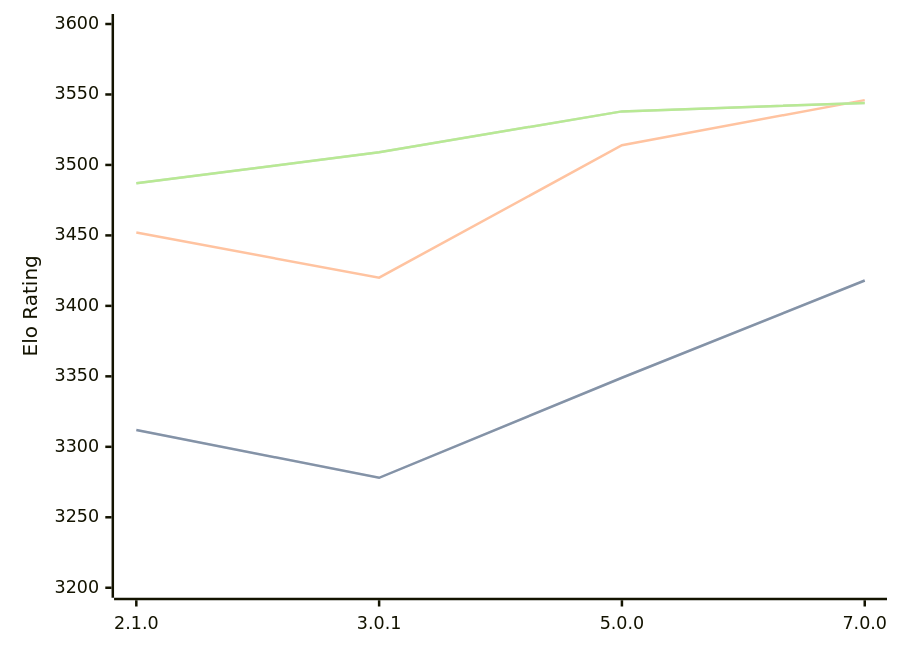
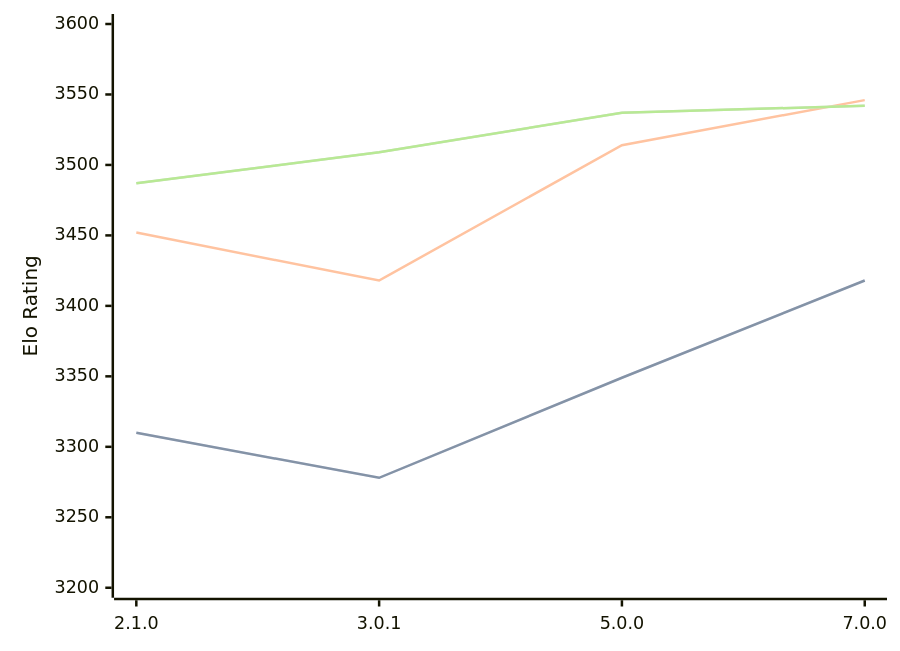
One commit to computer-chess-index/cci changed the diagram in engines/PlentyChess.md. Above: the diagram before and after it, drawn with Mermaid. The commit also changed other lines of this file, not shown here.

Commit message:
Update CCI Ratings (ELO VLTC) - 2026-06-12

````diff
--- a/engines/PlentyChess.md
+++ b/engines/PlentyChess.md
@@ -45,11 +45,11 @@
 ```mermaid
 %%{init: {"theme":"base","themeVariables":{"seriesColors:['#a3a3a3','#222221','#faa371']}}}%%
 xychart-beta
   x-axis ["2.1.0", "3.0.1", "5.0.0", "7.0.0"]
   y-axis "Elo Rating" 3200 --> 3600
-  line "STC (8.0+0.08s)" [3312, 3278, 3349, 3418]
-  line "STC (8.0+0.08s)" [3312, 3278, 3349, 3418]
-  line "LTC (60.0+0.60s)" [3452, 3420, 3514, 3546]
-  line "VLTC (2m24s+1.12s)" [3487, 3509, 3538, 3544]
-  line "VLTC (2m24s+1.12s)" [3487, 3509, 3538, 3544]
+  line "STC (8.0+0.08s)" [3310, 3278, 3349, 3418]
+  line "STC (8.0+0.08s)" [3310, 3278, 3349, 3418]
+  line "LTC (60.0+0.60s)" [3452, 3418, 3514, 3546]
+  line "VLTC (2m24s+1.12s)" [3487, 3509, 3537, 3542]
+  line "VLTC (2m24s+1.12s)" [3487, 3509, 3537, 3542]
 ```
````
